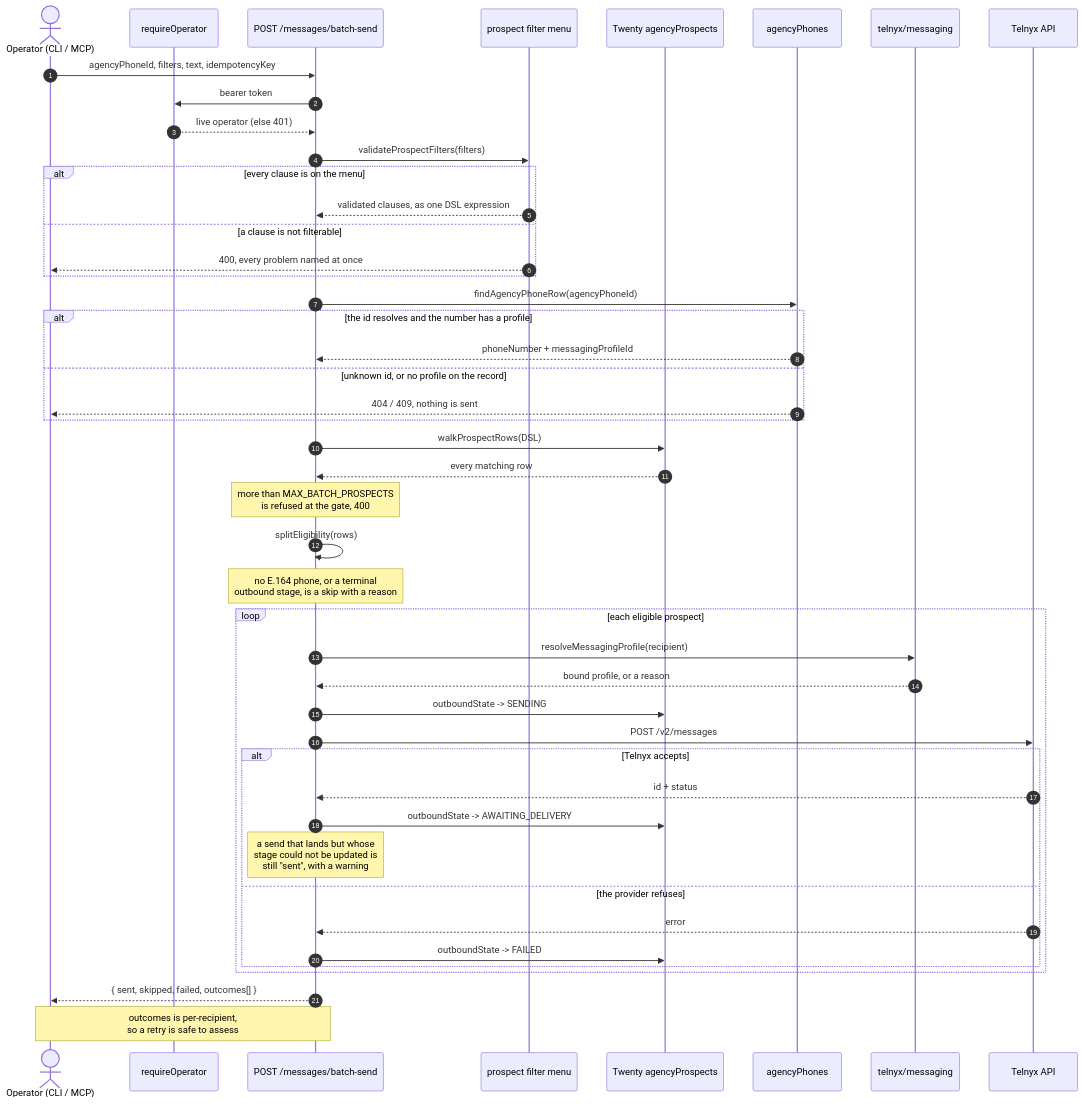
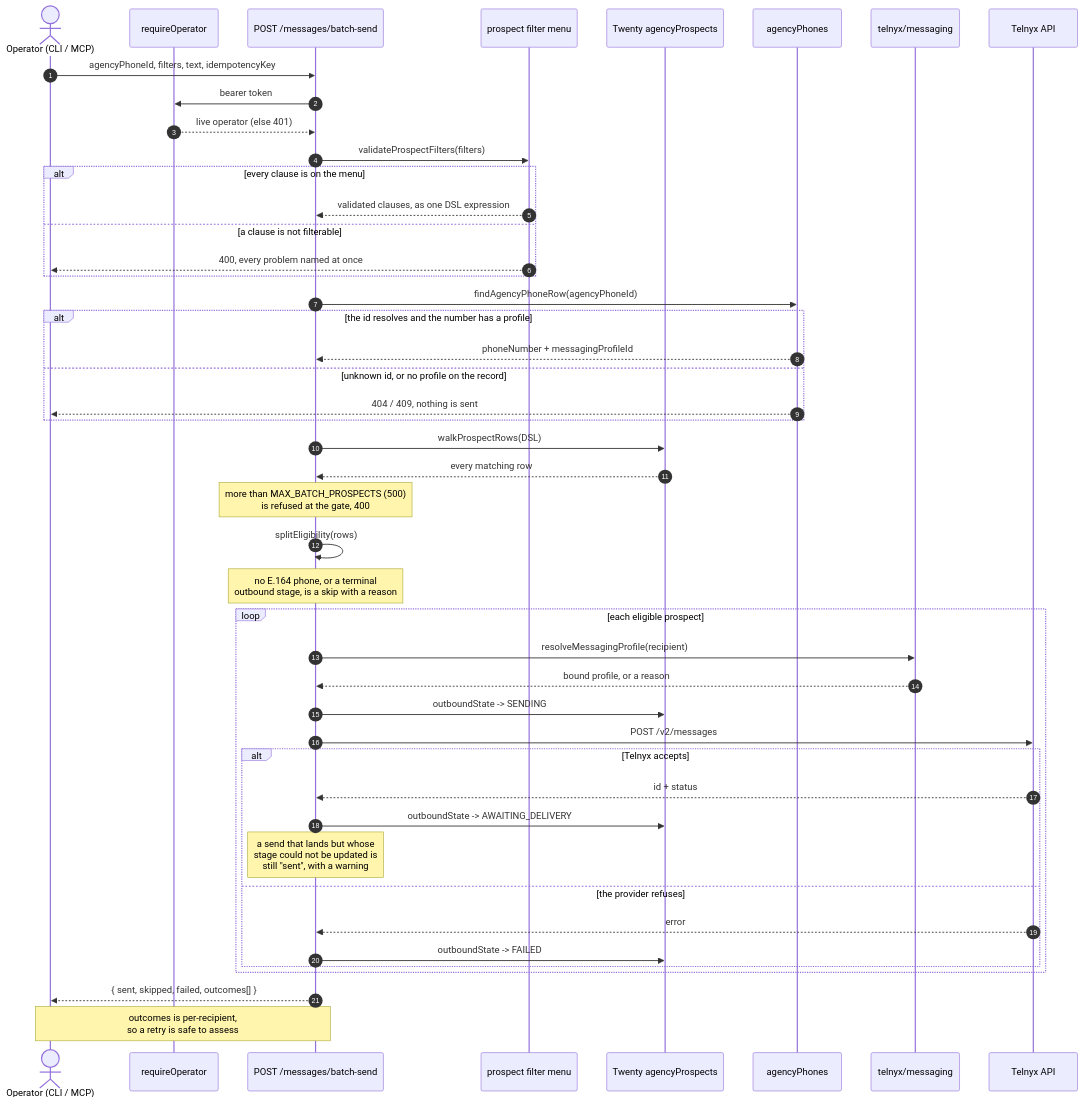
Before and after one commit to matthewdonsemail-lab/blaster: the diagram in docs/send.md, drawn with Mermaid. The commit also changed 18 other files, not shown here.

First line of the commit message:
docs: correct the runner diagrams and make the gate check them

````diff
--- a/docs/send.md
+++ b/docs/send.md
@@ -37,54 +37,54 @@
 ```mermaid
 sequenceDiagram
   autonumber
   actor Op as Operator (CLI / MCP)
   participant Gate as requireOperator
   participant Route as POST /messages/batch-send
   participant Menu as prospect filter menu
   participant Twelve as Twenty agencyProspects
   participant Num as agencyPhones
   participant Core as telnyx/messaging
   participant Tel as Telnyx API
 
   Op->>Route: agencyPhoneId, filters, text, idempotencyKey
   Route->>Gate: bearer token
   Gate-->>Route: live operator (else 401)
   Route->>Menu: validateProspectFilters(filters)
   alt every clause is on the menu
     Menu-->>Route: validated clauses, as one DSL expression
   else a clause is not filterable
     Menu-->>Op: 400, every problem named at once
   end
 
   Route->>Num: findAgencyPhoneRow(agencyPhoneId)
   alt the id resolves and the number has a profile
     Num-->>Route: phoneNumber + messagingProfileId
   else unknown id, or no profile on the record
     Num-->>Op: 404 / 409, nothing is sent
   end
 
   Route->>Twelve: walkProspectRows(DSL)
   Twelve-->>Route: every matching row
-  Note over Route: more than MAX_BATCH_PROSPECTS<br/>is refused at the gate, 400
+  Note over Route: more than MAX_BATCH_PROSPECTS (500)<br/>is refused at the gate, 400
 
   Route->>Route: splitEligibility(rows)
   Note over Route: no E.164 phone, or a terminal<br/>outbound stage, is a skip with a reason
 
   loop each eligible prospect
     Route->>Core: resolveMessagingProfile(recipient)
     Core-->>Route: bound profile, or a reason
     Route->>Twelve: outboundState -> SENDING
     Route->>Tel: POST /v2/messages
     alt Telnyx accepts
       Tel-->>Route: id + status
       Route->>Twelve: outboundState -> AWAITING_DELIVERY
       Note over Route: a send that lands but whose<br/>stage could not be updated is<br/>still "sent", with a warning
     else the provider refuses
       Tel-->>Route: error
       Route->>Twelve: outboundState -> FAILED
     end
   end
 
   Route-->>Op: { sent, skipped, failed, outcomes[] }
   Note over Route,Op: outcomes is per-recipient,<br/>so a retry is safe to assess
 ```
````
